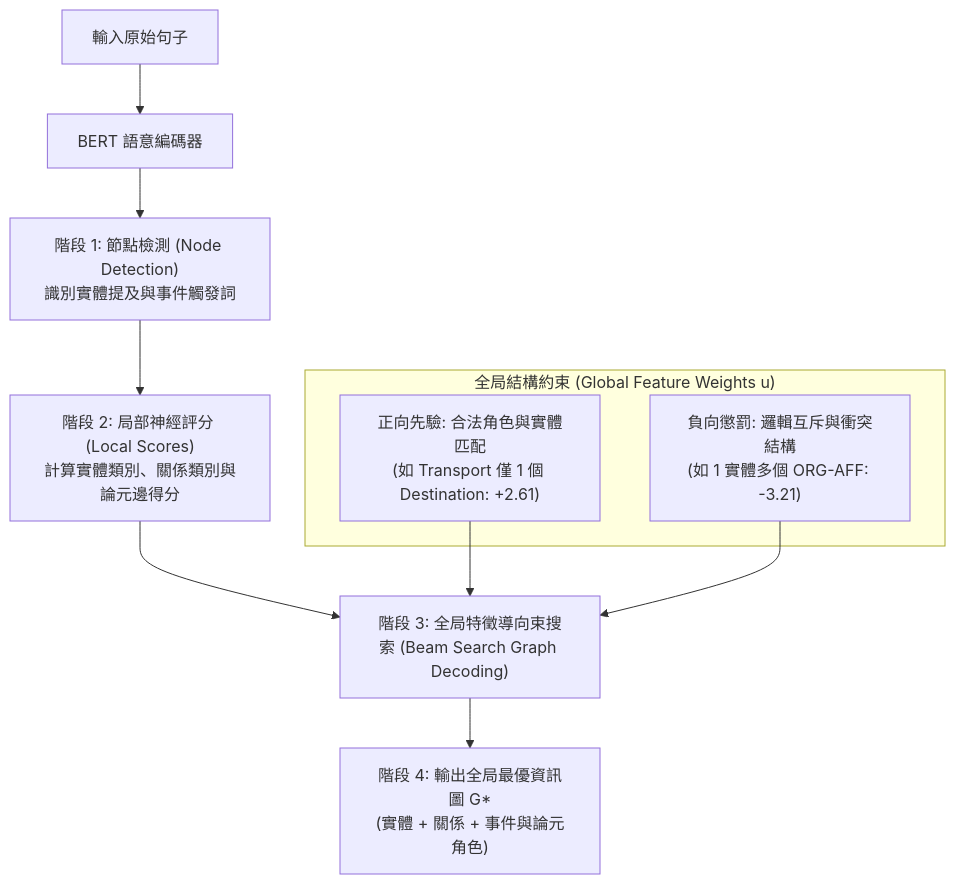
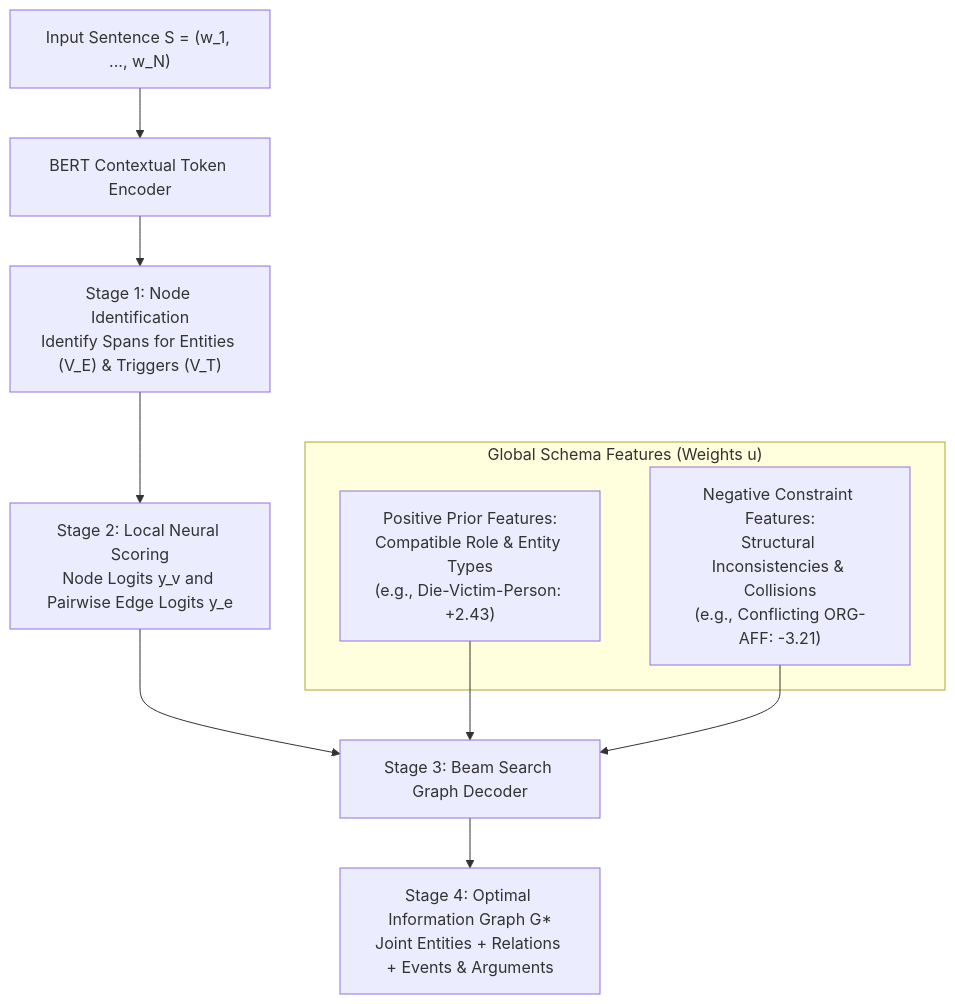
Before and after one commit to Cycl0n3-ga/RAG-survey: the diagram in 03 - 論文庫 (Literature Notes)/04 - Knowledge & Graph RAG/(ACL 2020-07) A Joint Neural Model for Information Extraction with Global Features.md, drawn with Mermaid. The commit also changed other lines of this file and 12 other files, not shown here.

````diff
--- a/03 - 論文庫 (Literature Notes)/04 - Knowledge & Graph RAG/(ACL 2020-07) A Joint Neural Model for Information Extraction with Global Features.md
+++ b/03 - 論文庫 (Literature Notes)/04 - Knowledge & Graph RAG/(ACL 2020-07) A Joint Neural Model for Information Extraction with Global Features.md
@@ -101,19 +124,19 @@
 ```mermaid
 flowchart TD
-    Sent["輸入原始句子"] --> BERT["BERT 語意編碼器"]
-    BERT --> NodeDetect["階段 1: 節點檢測 (Node Detection)<br/>識別實體提及與事件觸發詞"]
+    Sentence["Input Sentence S = (w_1, ..., w_N)"] --> BERT["BERT Contextual Token Encoder"]
     
-    NodeDetect --> LocalScores["階段 2: 局部神經評分 (Local Scores)<br/>計算實體類別、關係類別與論元邊得分"]
+    BERT --> NodeIdent["Stage 1: Node Identification<br/>Identify Spans for Entities (V_E) & Triggers (V_T)"]
+    NodeIdent --> LocalScoring["Stage 2: Local Neural Scoring<br/>Node Logits y_v and Pairwise Edge Logits y_e"]
     
-    LocalScores --> GraphSearch["階段 3: 全局特徵導向束搜索 (Beam Search Graph Decoding)"]
+    LocalScoring --> BeamSearch["Stage 3: Beam Search Graph Decoder"]
     
-    subgraph global_eval["全局結構約束 (Global Feature Weights u)"]
-        G_Pos["正向先驗: 合法角色與實體匹配<br/>(如 Transport 僅 1 個 Destination: +2.61)"]
-        G_Neg["負向懲罰: 邏輯互斥與衝突結構<br/>(如 1 實體多個 ORG-AFF: -3.21)"]
+    subgraph GlobalConstraints["Global Schema Features (Weights u)"]
+        PosPrior["Positive Prior Features:<br/>Compatible Role & Entity Types<br/>(e.g., Die-Victim-Person: +2.43)"]
+        NegPrior["Negative Constraint Features:<br/>Structural Inconsistencies & Collisions<br/>(e.g., Conflicting ORG-AFF: -3.21)"]
     end
     
-    G_Pos --> GraphSearch
-    G_Neg --> GraphSearch
+    PosPrior --> BeamSearch
+    NegPrior --> BeamSearch
     
-    GraphSearch --> OptimalGraph["階段 4: 輸出全局最優資訊圖 G*<br/>(實體 + 關係 + 事件與論元角色)"]
+    BeamSearch --> OptimalGraph["Stage 4: Optimal Information Graph G*<br/>Joint Entities + Relations + Events & Arguments"]
 ```
````
